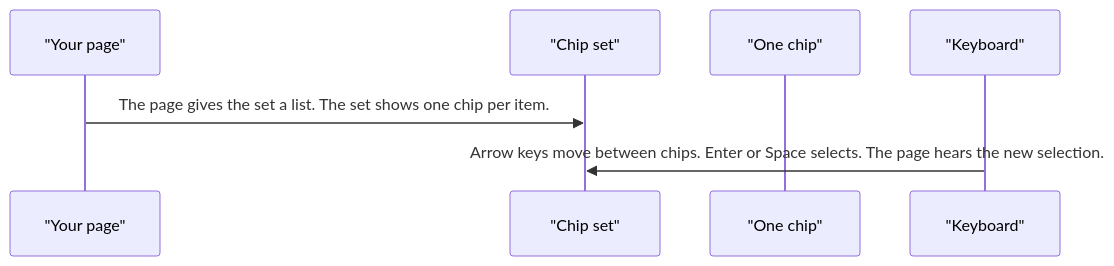
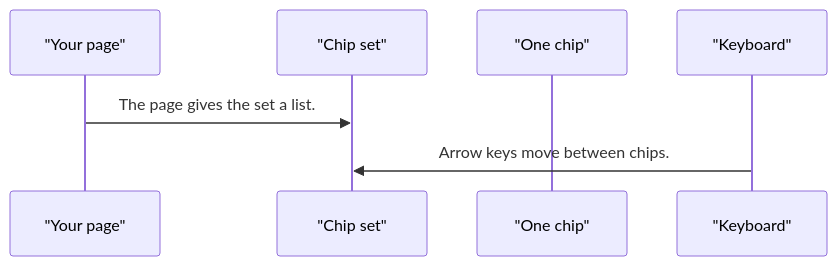
The second of 4 diagrams in projects/pixel-ui/src/lib/pixel-chip/DESIGN.md (RajshekharBorate/pixel-ui), drawn with Mermaid before and after one commit. The commit also changed other lines of this file and 80 other files, not shown here.

Commit message:
Fill missing design flows and correct the stories that did not match component behavior.

````diff
--- a/projects/pixel-ui/src/lib/pixel-chip/DESIGN.md
+++ b/projects/pixel-ui/src/lib/pixel-chip/DESIGN.md
@@ -55,9 +55,9 @@
 ```mermaid
 sequenceDiagram
   participant page as "Your page"
   participant set as "Chip set"
   participant chip as "One chip"
   participant keys as "Keyboard"
-  page->>set: The page gives the set a list. The set shows one chip per item.
-  keys->>set: Arrow keys move between chips. Enter or Space selects. The page hears the new selection.
+  page->>set: The page gives the set a list.
+  keys->>set: Arrow keys move between chips.
 ```
````
